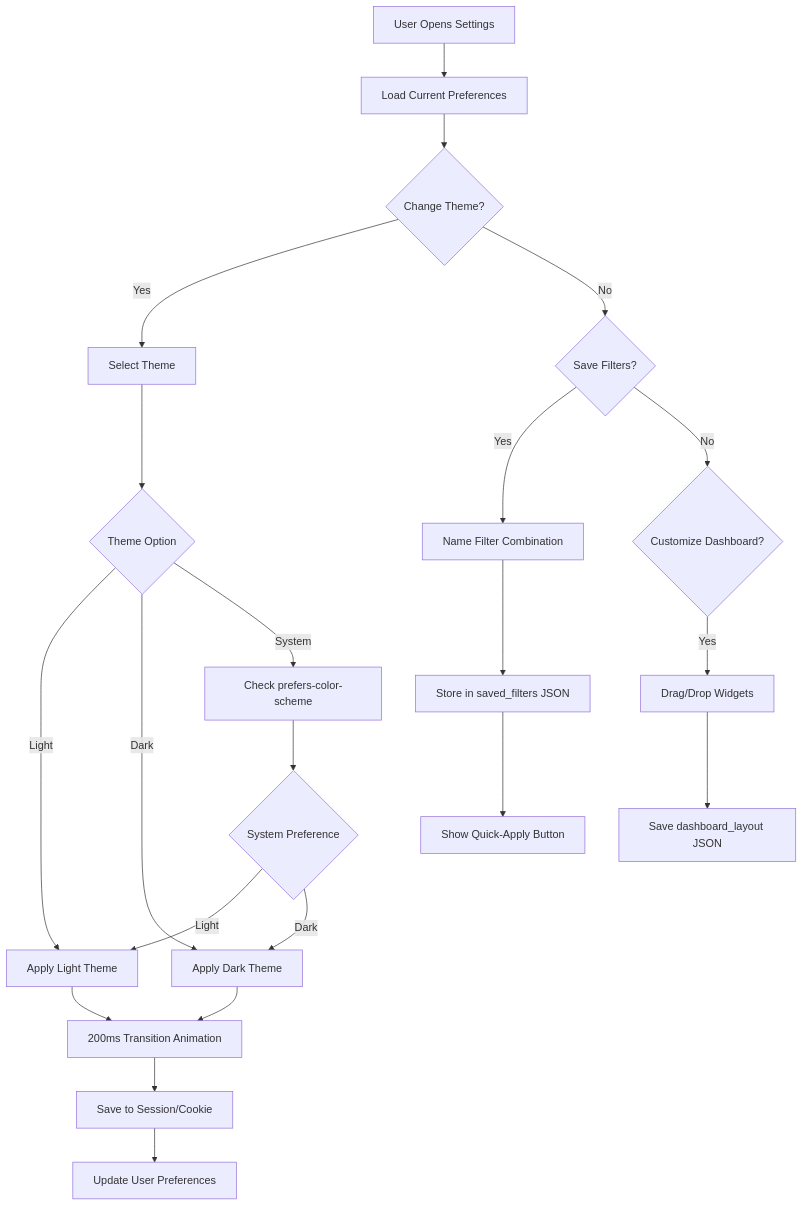
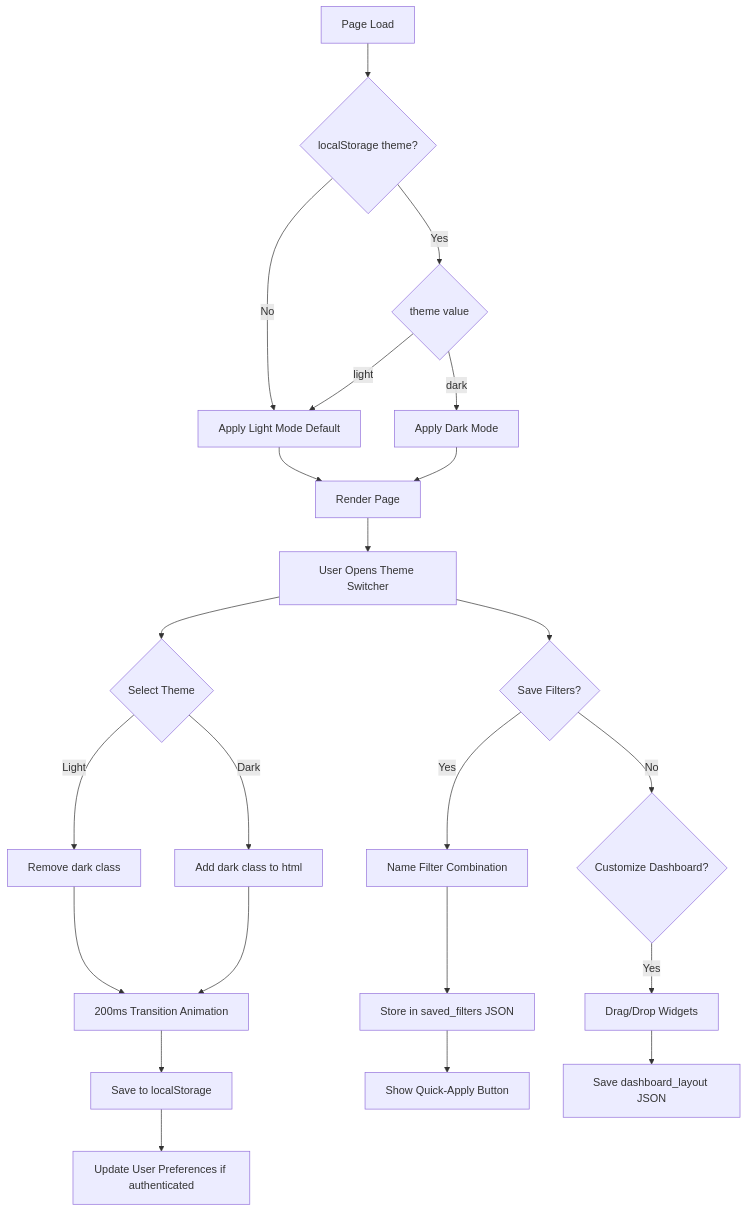
Before and after one commit to IzzatFirdaus/ictserve-031125: the ninth of 12 diagrams in .kiro/specs/figma-ui-redesign/design.md, drawn with Mermaid. The commit also changed other lines of this file and 13 other files, not shown here.

````diff
--- a/.kiro/specs/figma-ui-redesign/design.md
+++ b/.kiro/specs/figma-ui-redesign/design.md
@@ -312,28 +314,30 @@
 ```mermaid
 flowchart TD
-    A[User Opens Settings] --> B[Load Current Preferences]
-    B --> C{Change Theme?}
+    A[Page Load] --> B{localStorage theme?}
+    B -->|No| C[Apply Light Mode Default]
+    B -->|Yes| D{theme value}
+    D -->|light| C
+    D -->|dark| E[Apply Dark Mode]
     
-    C -->|Yes| D[Select Theme]
-    D --> E{Theme Option}
-    E -->|Light| F[Apply Light Theme]
-    E -->|Dark| G[Apply Dark Theme]
-    E -->|System| H[Check prefers-color-scheme]
-    H --> I{System Preference}
-    I -->|Light| F
-    I -->|Dark| G
+    C --> F[Render Page]
+    E --> F
     
-    F --> J[200ms Transition Animation]
-    G --> J
-    J --> K[Save to Session/Cookie]
-    K --> L[Update User Preferences]
+    F --> G[User Opens Theme Switcher]
+    G --> H{Select Theme}
+    H -->|Light| I[Remove dark class]
+    H -->|Dark| J[Add dark class to html]
     
-    C -->|No| M{Save Filters?}
-    M -->|Yes| N[Name Filter Combination]
-    N --> O[Store in saved_filters JSON]
-    O --> P[Show Quick-Apply Button]
+    I --> K[200ms Transition Animation]
+    J --> K
+    K --> L[Save to localStorage]
+    L --> M[Update User Preferences if authenticated]
     
-    M -->|No| Q{Customize Dashboard?}
-    Q -->|Yes| R[Drag/Drop Widgets]
-    R --> S[Save dashboard_layout JSON]
+    G --> N{Save Filters?}
+    N -->|Yes| O[Name Filter Combination]
+    O --> P[Store in saved_filters JSON]
+    P --> Q[Show Quick-Apply Button]
+    
+    N -->|No| R{Customize Dashboard?}
+    R -->|Yes| S[Drag/Drop Widgets]
+    S --> T[Save dashboard_layout JSON]
 ```
````
